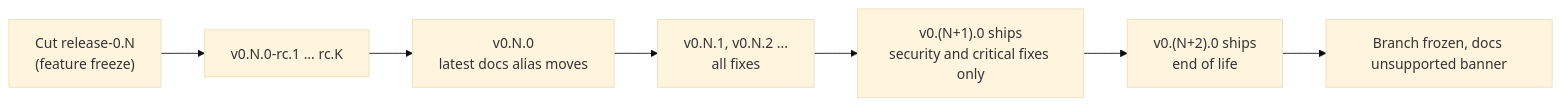
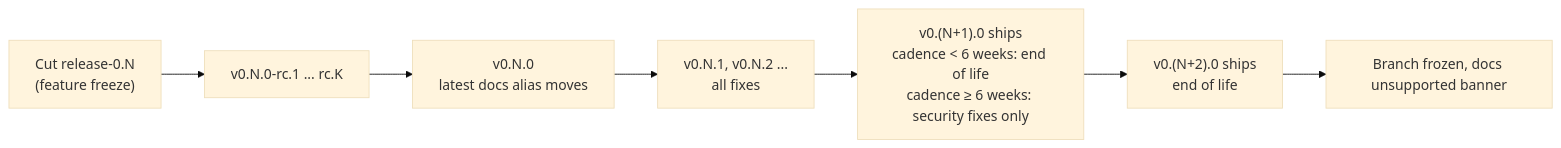
The fourth of 7 diagrams in docs/proposals/release-process.md (LFDT-Panurus/panurus), drawn with Mermaid (base theme) before and after one commit. The commit also changed other lines of this file, not shown here.

````diff
--- a/docs/proposals/release-process.md
+++ b/docs/proposals/release-process.md
@@ -326,9 +353,9 @@
 ```mermaid
 flowchart LR
     A["Cut release-0.N<br/>(feature freeze)"] --> B["v0.N.0-rc.1 ... rc.K"]
     B --> C["v0.N.0<br/>latest docs alias moves"]
     C --> D["v0.N.1, v0.N.2 ...<br/>all fixes"]
-    D --> E["v0.(N+1).0 ships<br/>security and critical fixes only"]
+    D --> E["v0.(N+1).0 ships<br/>cadence < 6 weeks: end of life<br/>cadence ≥ 6 weeks: security fixes only"]
     E --> F["v0.(N+2).0 ships<br/>end of life"]
     F --> G["Branch frozen, docs unsupported banner"]
 ```
````
